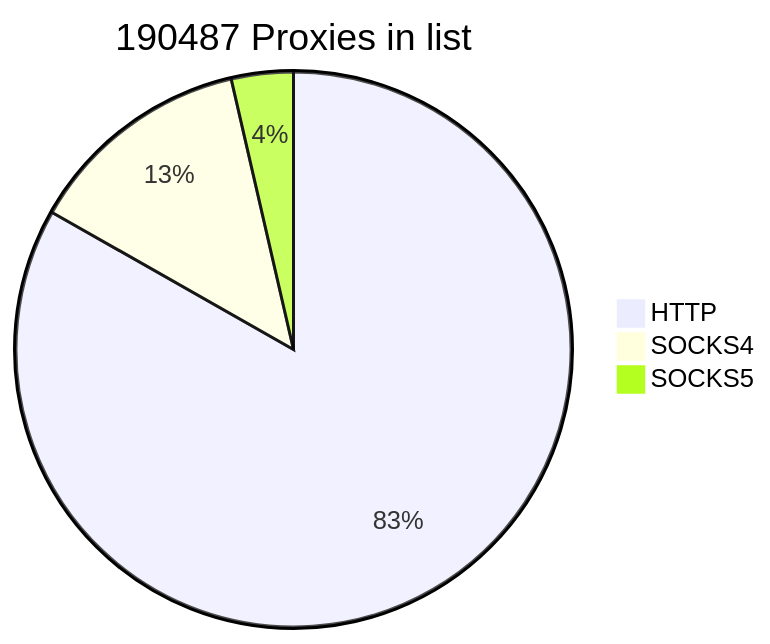
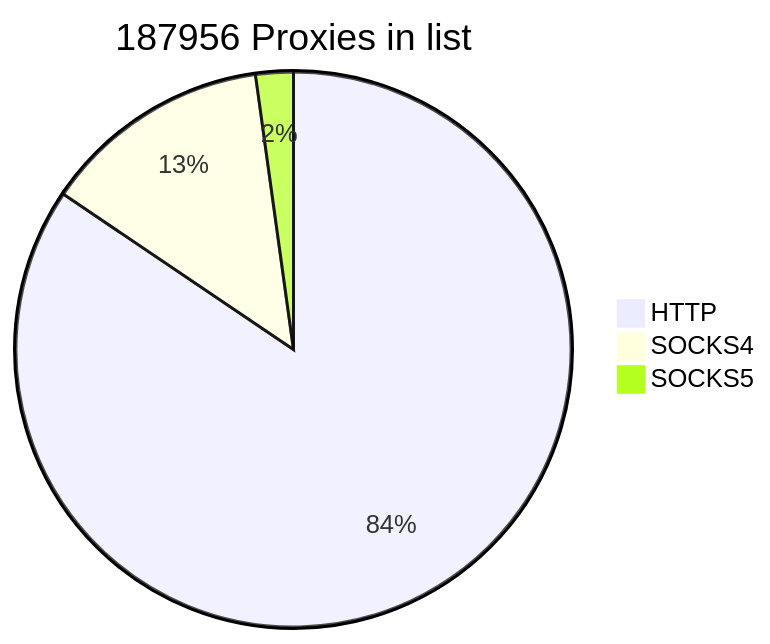
One commit to cutipu/proxylist changed the first of 2 diagrams in README.md. Above: the diagram before and after it, drawn with Mermaid. The commit also changed other lines of this file, not shown here.

````diff
--- a/README.md
+++ b/README.md
@@ -2,7 +2,7 @@
 ```mermaid
-pie title 190487 Proxies in list
-    "HTTP" : 158524
+pie title 187956 Proxies in list
+    "HTTP" : 158736
     "SOCKS4" : 25102
-    "SOCKS5" : 6861
+    "SOCKS5" : 4118
             
 ```
````
